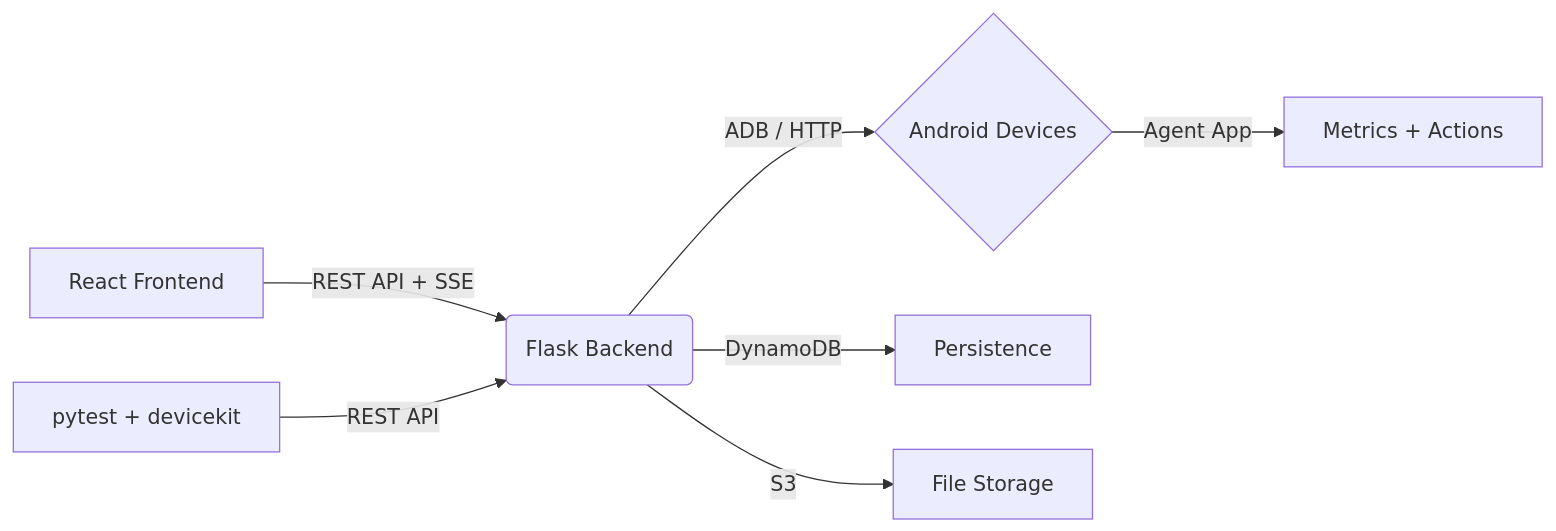
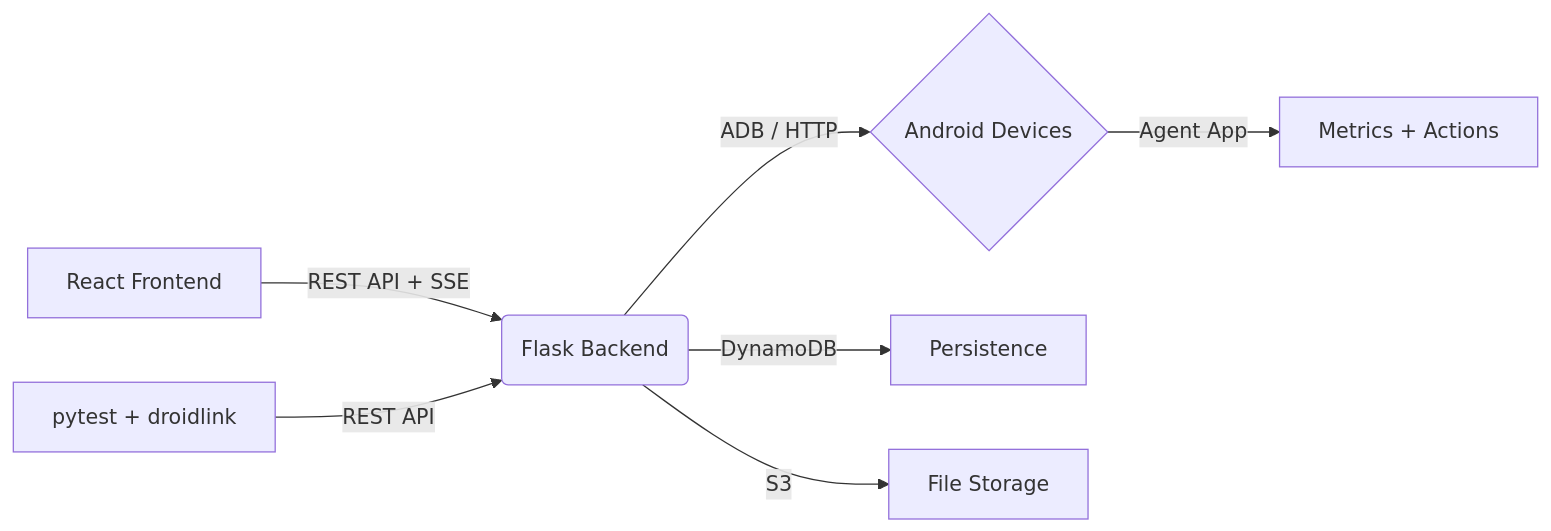
Before and after one commit to jhd3197/DeviceKit: the diagram in README.md, drawn with Mermaid. The commit also changed other lines of this file and 6 other files, not shown here.

````diff
--- a/README.md
+++ b/README.md
@@ -240,9 +240,9 @@
 ```mermaid
 graph LR
     A[React Frontend] -->|REST API + SSE| B(Flask Backend)
     B -->|ADB / HTTP| C{Android Devices}
     C -->|Agent App| D[Metrics + Actions]
     B -->|DynamoDB| E[Persistence]
     B -->|S3| F[File Storage]
-    G[pytest + devicekit] -->|REST API| B
+    G[pytest + droidlink] -->|REST API| B
 ```
````
